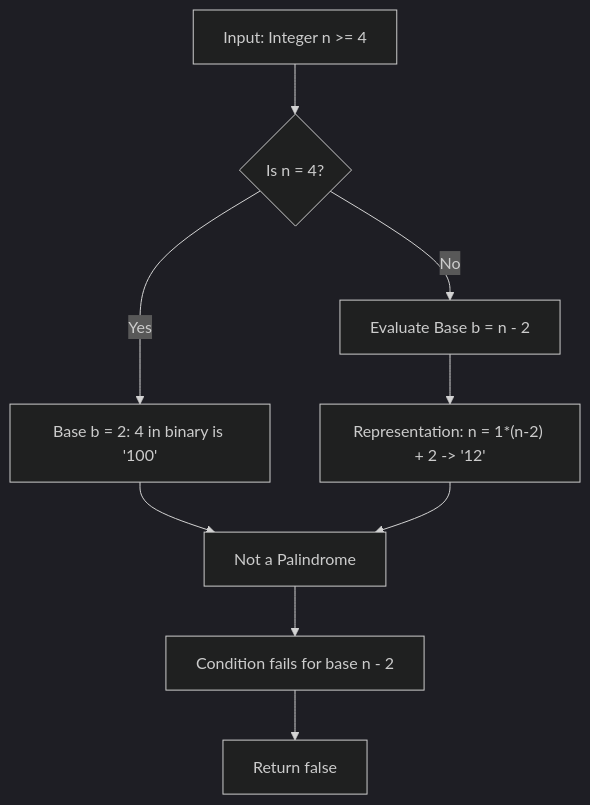
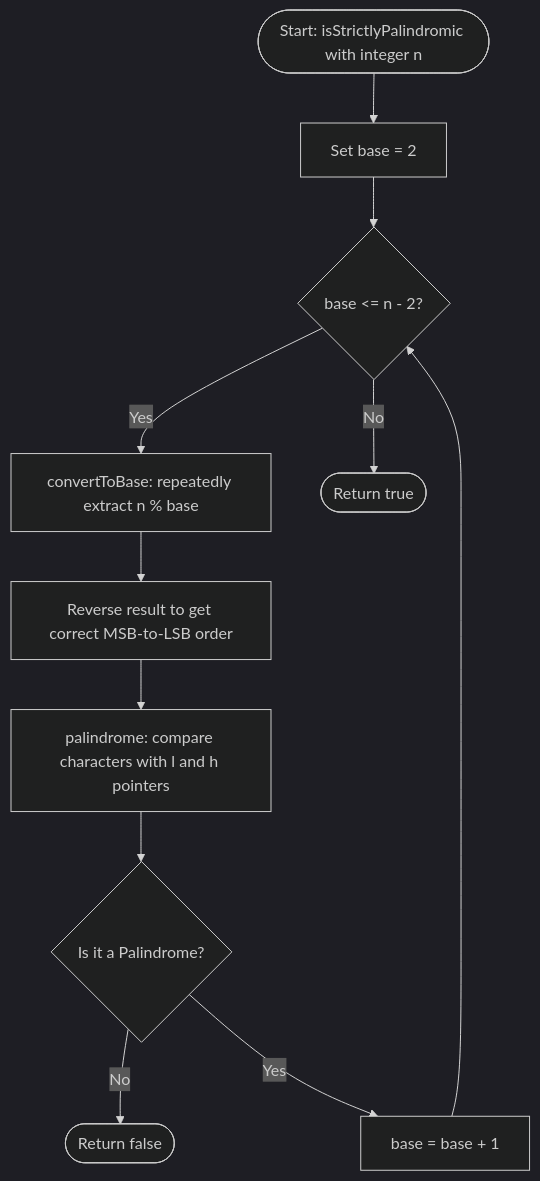
The diagram in 02-Two-Pointers/2396. Strictly Palindromic Number/README.md (Incarnate-Jayatu/LeetCode), drawn with Mermaid (dark theme) before and after one commit. The commit also changed other lines of this file, not shown here.

Commit message:
Docs: Added Problem Description and AI Explanation for 2396. Strictly Palindromic Number - Leet2Hub

````diff
--- a/02-Two-Pointers/2396. Strictly Palindromic Number/README.md
+++ b/02-Two-Pointers/2396. Strictly Palindromic Number/README.md
@@ -55,11 +50,16 @@
 ```mermaid
 flowchart TD
-    A[Input: Integer n >= 4] --> B{Is n = 4?}
-    B -- Yes --> C["Base b = 2: 4 in binary is '100'"]
-    C --> F[Not a Palindrome]
-    B -- No --> D["Evaluate Base b = n - 2"]
-    D --> E["Representation: n = 1*(n-2) + 2 -> '12'"]
-    E --> F
-    F --> G[Condition fails for base n - 2]
-    G --> H[Return false]
+    Start([Start: isStrictlyPalindromic with integer n]) --> InitLoop[Set base = 2]
+    InitLoop --> CheckBase{base <= n - 2?}
+    
+    CheckBase -- Yes --> Convert[convertToBase: repeatedly extract n % base]
+    Convert --> ReverseStr[Reverse result to get correct MSB-to-LSB order]
+    ReverseStr --> CheckPal[palindrome: compare characters with l and h pointers]
+    
+    CheckPal --> IsPal{Is it a Palindrome?}
+    IsPal -- No --> ReturnFalse([Return false])
+    IsPal -- Yes --> IncBase[base = base + 1]
+    IncBase --> CheckBase
+    
+    CheckBase -- No --> ReturnTrue([Return true])
 ```
````
